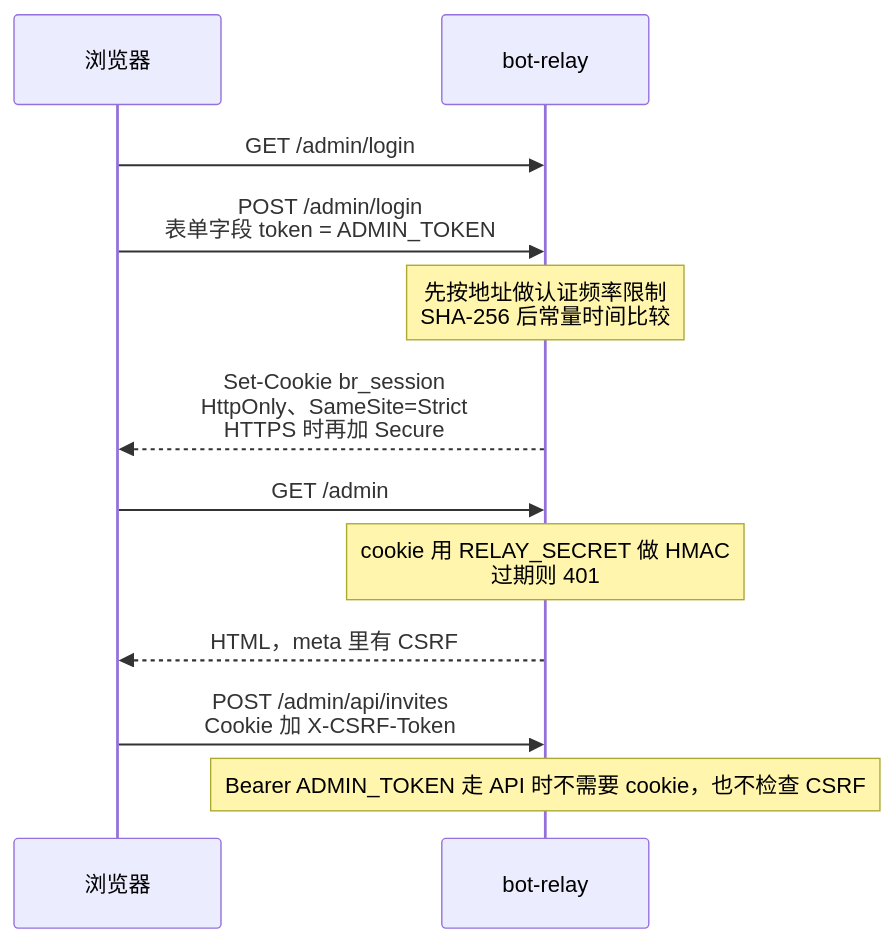
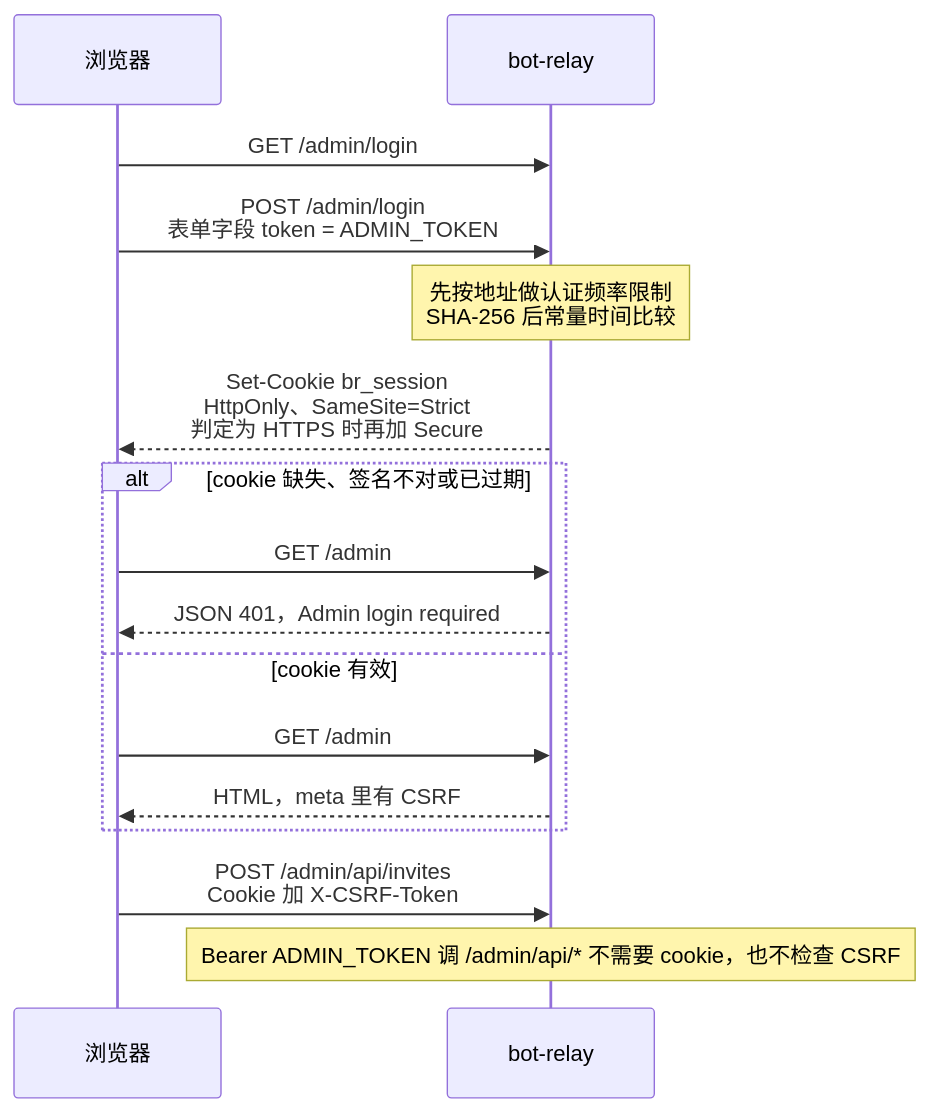
One commit to northernsong/bot-relay changed the sixth of 6 diagrams in docs/ARCHITECTURE_AND_USAGE.md. Above: the diagram before and after it, drawn with Mermaid. The commit also changed other lines of this file and 2 other files, not shown here.

First line of the commit message:
Correct the operator guide against the relay source.

````diff
--- a/docs/ARCHITECTURE_AND_USAGE.md
+++ b/docs/ARCHITECTURE_AND_USAGE.md
@@ -287,15 +313,19 @@
 ```mermaid
 sequenceDiagram
   participant Browser as 浏览器
   participant R as bot-relay
 
   Browser->>R: GET /admin/login
   Browser->>R: POST /admin/login<br/>表单字段 token = ADMIN_TOKEN
   Note over R: 先按地址做认证频率限制<br/>SHA-256 后常量时间比较
-  R-->>Browser: Set-Cookie br_session<br/>HttpOnly、SameSite=Strict<br/>HTTPS 时再加 Secure
-  Browser->>R: GET /admin
-  Note over R: cookie 用 RELAY_SECRET 做 HMAC<br/>过期则 401
-  R-->>Browser: HTML，meta 里有 CSRF
+  R-->>Browser: Set-Cookie br_session<br/>HttpOnly、SameSite=Strict<br/>判定为 HTTPS 时再加 Secure
+  alt cookie 缺失、签名不对或已过期
+    Browser->>R: GET /admin
+    R-->>Browser: JSON 401，Admin login required
+  else cookie 有效
+    Browser->>R: GET /admin
+    R-->>Browser: HTML，meta 里有 CSRF
+  end
   Browser->>R: POST /admin/api/invites<br/>Cookie 加 X-CSRF-Token
-  Note over R: Bearer ADMIN_TOKEN 走 API 时不需要 cookie，也不检查 CSRF
+  Note over R: Bearer ADMIN_TOKEN 调 /admin/api/* 不需要 cookie，也不检查 CSRF
 ```
````
